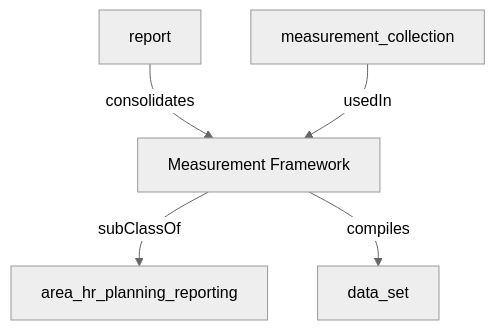
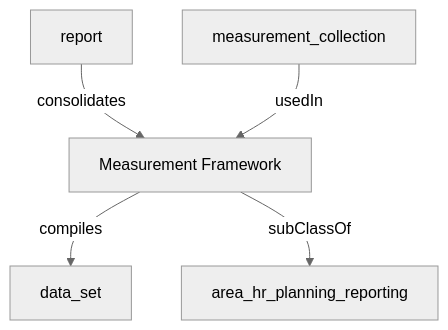
Before and after one commit to heidingaway/heidi2: the diagram in content/hr_data_model/measurement_framework.md, drawn with Mermaid (neutral theme). The commit also changed other lines of this file and 350 other files, not shown here.

````diff
--- a/content/hr_data_model/measurement_framework.md
+++ b/content/hr_data_model/measurement_framework.md
@@ -23,12 +24,12 @@
 ```mermaid
 graph TD
   Measurement_Framework["Measurement Framework"]:::current-page-node
   area_hr_planning_reporting["area_hr_planning_reporting"]
   data_set["data_set"]
   measurement_collection["measurement_collection"]
   report["report"]
   report-->|" consolidates "|Measurement_Framework
-  Measurement_Framework-->|" subClassOf "|area_hr_planning_reporting
   Measurement_Framework-->|" compiles "|data_set
   measurement_collection-->|" usedIn "|Measurement_Framework
+  Measurement_Framework-->|" subClassOf "|area_hr_planning_reporting
 ```
````
